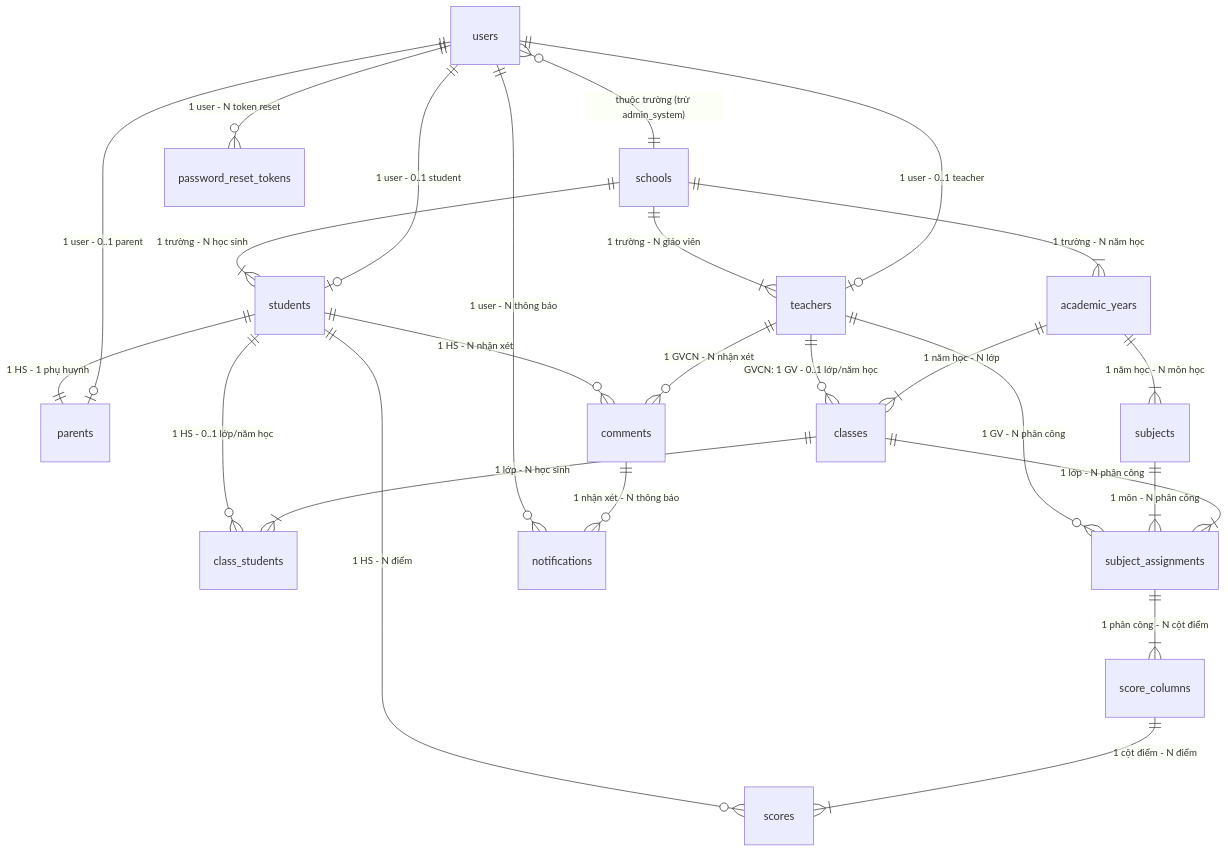
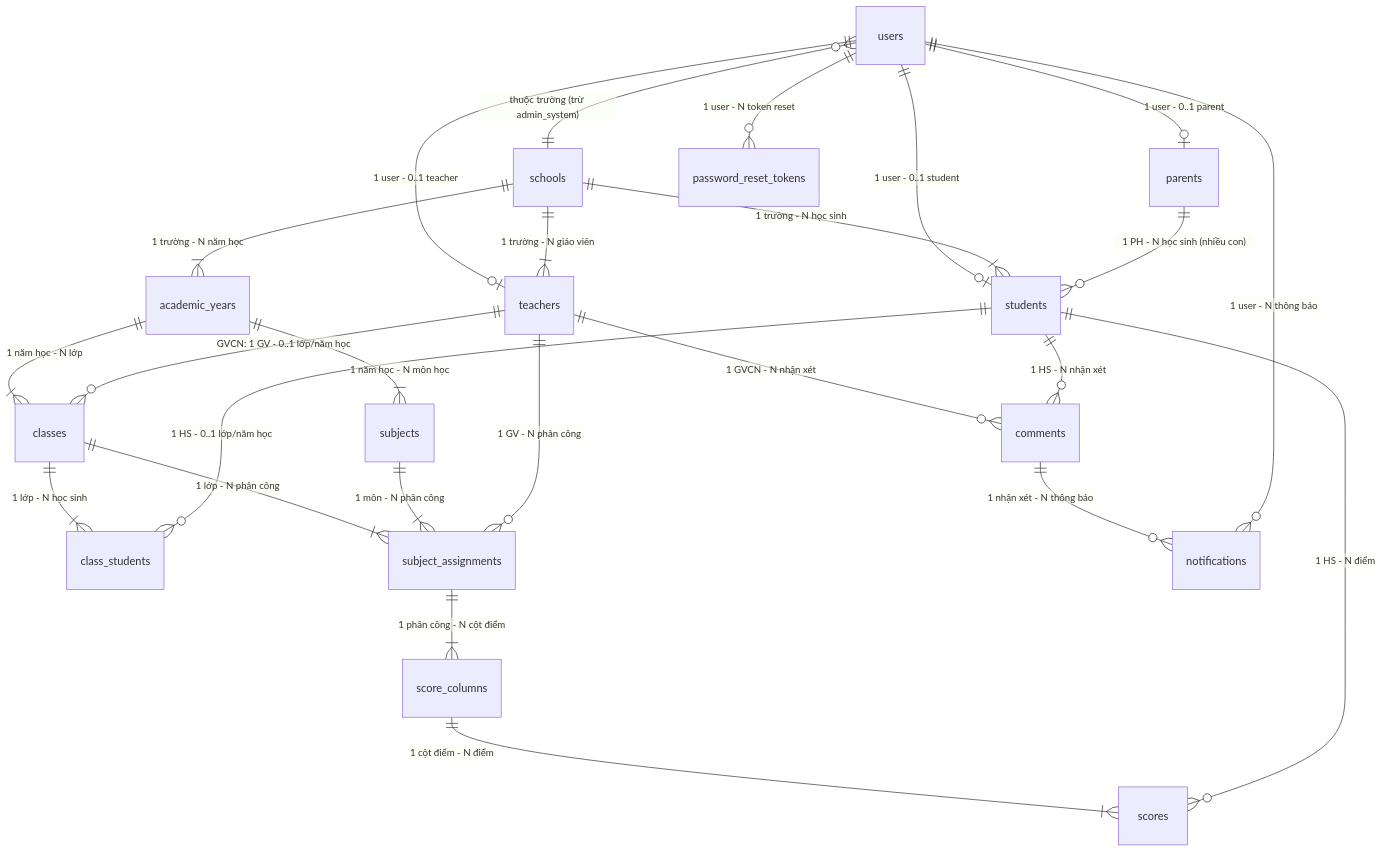
One commit to linhdan2812/pointstudent-document changed the diagram in ERD.md. Above: the diagram before and after it, drawn with Mermaid. The commit also changed other lines of this file and 2 other files, not shown here.

Commit message:
update logic mật khẩu cho phụ huynh và học sinh #13

````diff
--- a/ERD.md
+++ b/ERD.md
@@ -45,38 +45,38 @@
 ```mermaid
 erDiagram
     users ||--o| teachers : "1 user - 0..1 teacher"
     users ||--o| students : "1 user - 0..1 student"
     users ||--o| parents : "1 user - 0..1 parent"
     users }o--|| schools : "thuộc trường (trừ admin_system)"
 
     schools ||--|{ academic_years : "1 trường - N năm học"
     schools ||--|{ teachers : "1 trường - N giáo viên"
     schools ||--|{ students : "1 trường - N học sinh"
 
     academic_years ||--|{ subjects : "1 năm học - N môn học"
     academic_years ||--|{ classes : "1 năm học - N lớp"
 
     teachers ||--o{ classes : "GVCN: 1 GV - 0..1 lớp/năm học"
 
     classes ||--|{ class_students : "1 lớp - N học sinh"
     students ||--o{ class_students : "1 HS - 0..1 lớp/năm học"
 
     classes ||--|{ subject_assignments : "1 lớp - N phân công"
     subjects ||--|{ subject_assignments : "1 môn - N phân công"
     teachers ||--o{ subject_assignments : "1 GV - N phân công"
 
     subject_assignments ||--|{ score_columns : "1 phân công - N cột điểm"
 
     score_columns ||--|{ scores : "1 cột điểm - N điểm"
     students ||--o{ scores : "1 HS - N điểm"
 
     teachers ||--o{ comments : "1 GVCN - N nhận xét"
     students ||--o{ comments : "1 HS - N nhận xét"
 
     comments ||--o{ notifications : "1 nhận xét - N thông báo"
     users ||--o{ notifications : "1 user - N thông báo"
 
-    students ||--|| parents : "1 HS - 1 phụ huynh"
+    parents ||--o{ students : "1 PH - N học sinh (nhiều con)"
 
     users ||--o{ password_reset_tokens : "1 user - N token reset"
 ```
````
